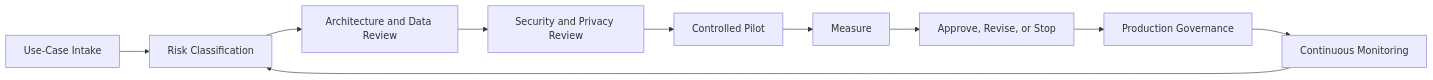
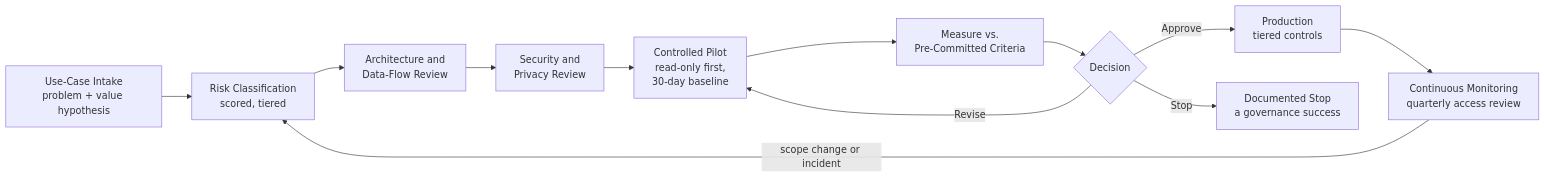
The diagram in diagrams/governance-lifecycle.mmd (jdmc-services/enterprise-ai-agent-readiness), drawn with Mermaid before and after one commit. The commit also changed 35 other files, not shown here.

```diff
--- a/diagrams/governance-lifecycle.mmd
+++ b/diagrams/governance-lifecycle.mmd
@@ -1,10 +1,12 @@
 flowchart LR
-    A[Use-Case Intake] --> B[Risk Classification]
-    B --> C[Architecture and Data Review]
-    C --> D[Security and Privacy Review]
-    D --> E[Controlled Pilot]
-    E --> F[Measure]
-    F --> G[Approve, Revise, or Stop]
-    G --> H[Production Governance]
-    H --> I[Continuous Monitoring]
-    I --> B
+    A[Use-Case Intake<br/>problem + value hypothesis] --> B[Risk Classification<br/>scored, tiered]
+    B --> C[Architecture and<br/>Data-Flow Review]
+    C --> D[Security and<br/>Privacy Review]
+    D --> E[Controlled Pilot<br/>read-only first,<br/>30-day baseline]
+    E --> F[Measure vs.<br/>Pre-Committed Criteria]
+    F --> G{Decision}
+    G -->|Approve| H[Production<br/>tiered controls]
+    G -->|Revise| E
+    G -->|Stop| J[Documented Stop<br/>a governance success]
+    H --> I[Continuous Monitoring<br/>quarterly access review]
+    I -->|scope change or incident| B
```
